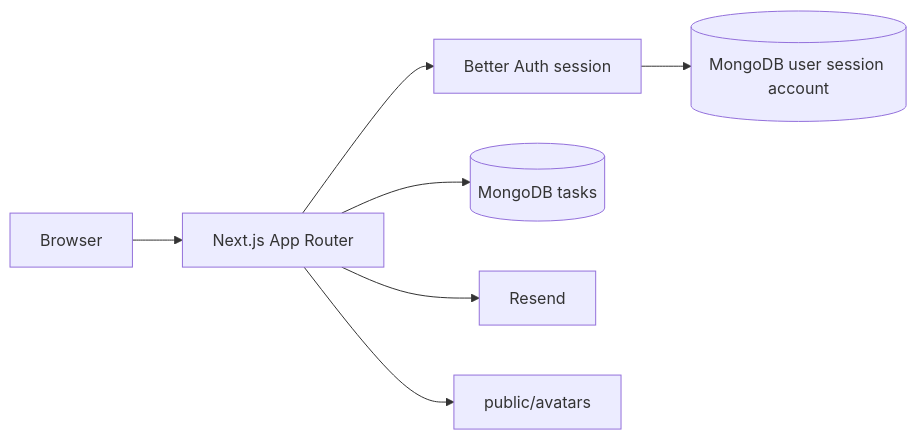
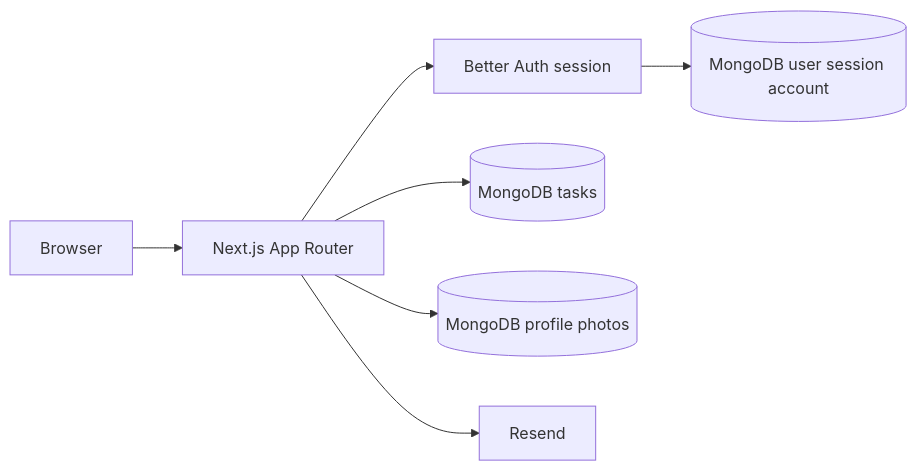
One commit to Mohan-77/taskflow changed the first of 3 diagrams in docs/TaskFlow_Project_Report.md. Above: the diagram before and after it, drawn with Mermaid. The commit also changed other lines of this file and 8 other files, not shown here.

````diff
--- a/docs/TaskFlow_Project_Report.md
+++ b/docs/TaskFlow_Project_Report.md
@@ -240,17 +239,17 @@
 ```mermaid
 flowchart LR
   Browser[Browser]
   Next[Next.js App Router]
   Auth[Better Auth session]
   Tasks[(MongoDB tasks)]
+  Photos[(MongoDB profile photos)]
   Users[(MongoDB user session account)]
   Mail[Resend]
-  Files[public/avatars]
 
   Browser --> Next
   Next --> Auth
   Auth --> Users
   Next --> Tasks
+  Next --> Photos
   Next --> Mail
-  Next --> Files
 ```
````
